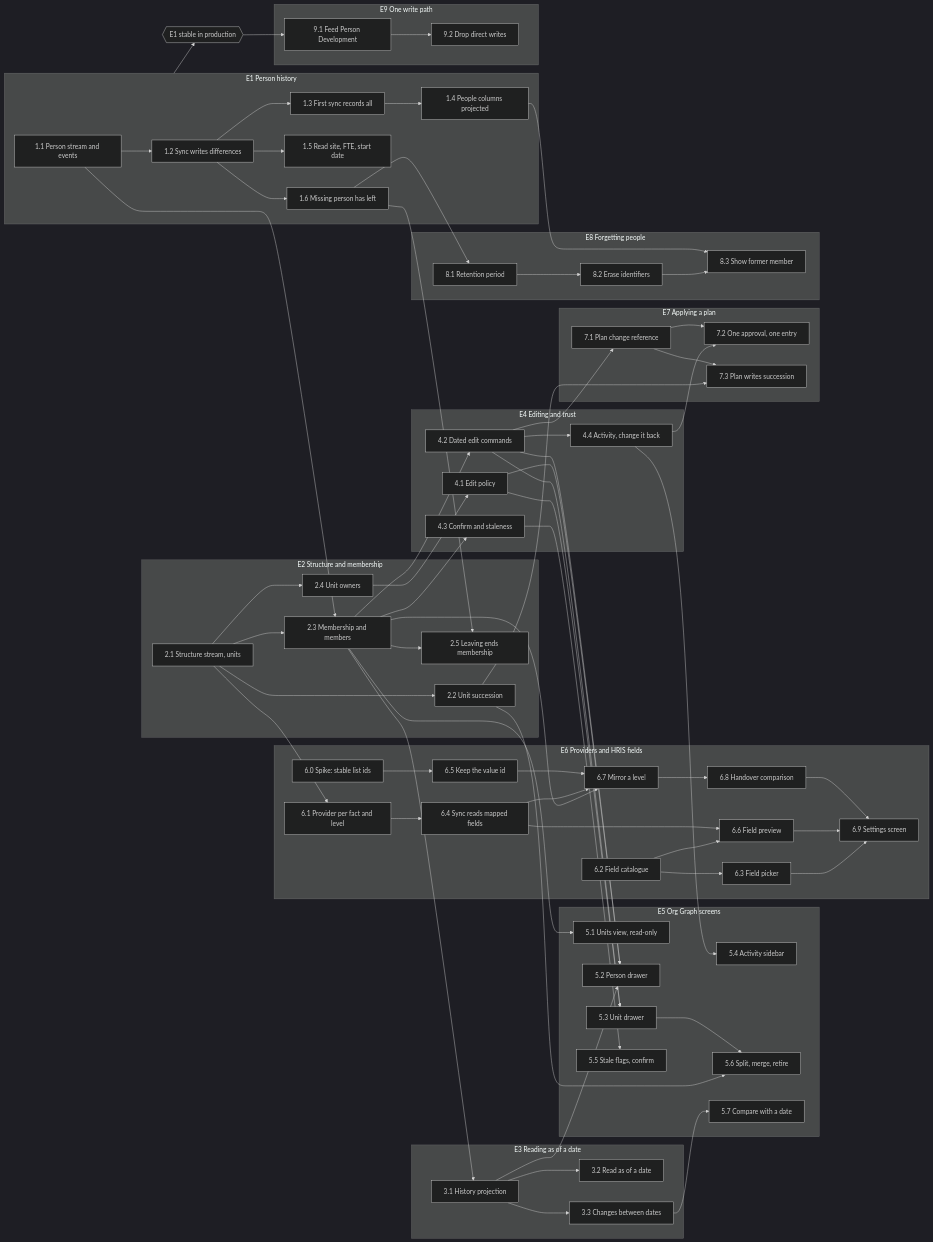
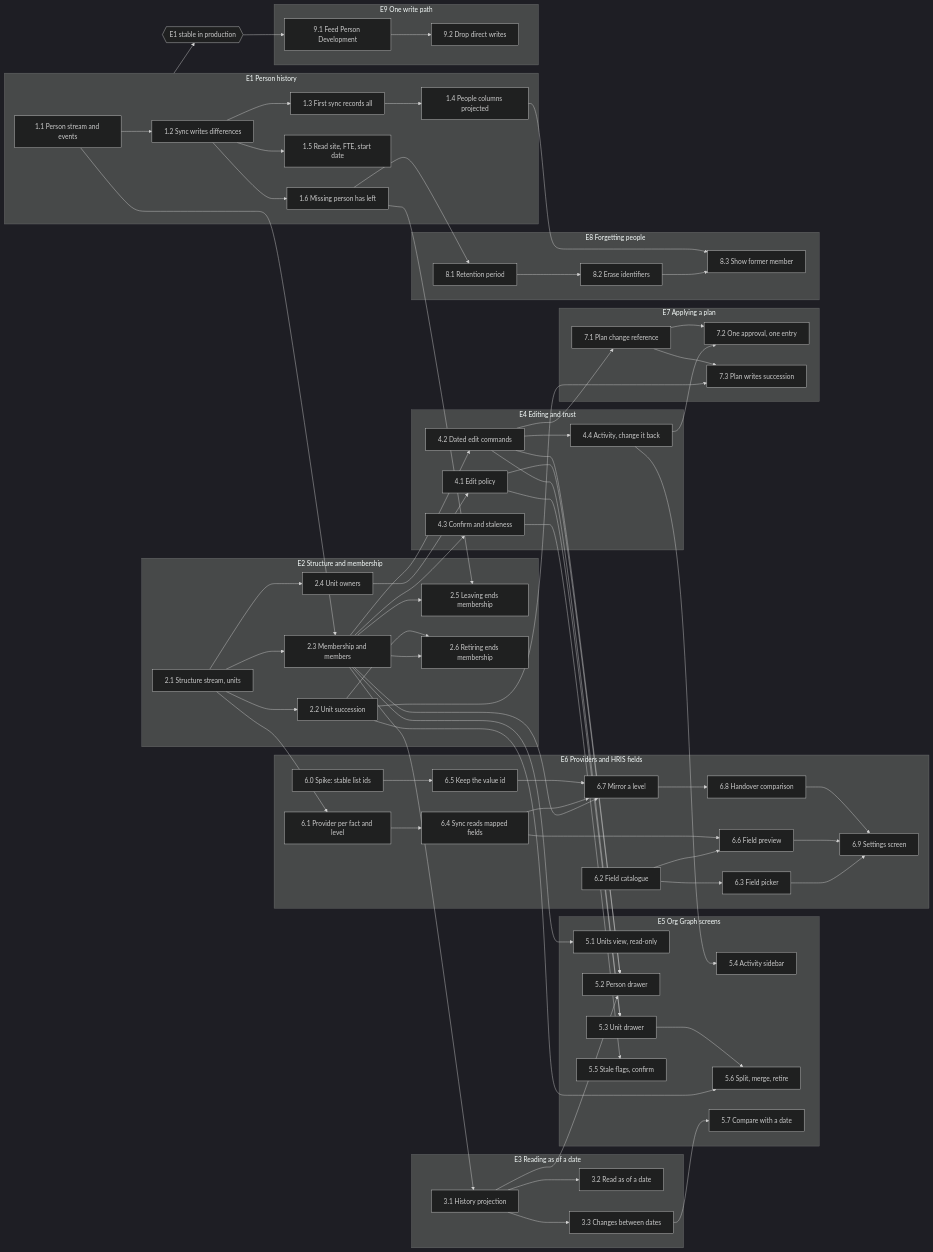
Before and after one commit to espaliahq/espalia: the diagram in docs/team-planning/org-graph-plan.md, drawn with Mermaid (dark theme). The commit also changed other lines of this file and 1 other file, not shown here.

Commit message:
docs(org-graph): plan story 2.6, retiring a unit ends its memberships
The design was silent on what happens to a retired unit's members. It now
says they leave the unit on the retirement date, unless a succession moves
them, and the plan carries the story.

Refs #54, #71

Claude-Session: https://claude.ai/code/session_016TxJKtcLgDavboxuQMZzbJ

```diff
--- a/docs/team-planning/org-graph-plan.md
+++ b/docs/team-planning/org-graph-plan.md
@@ -52,6 +52,7 @@
     s23[2.3 Membership and members]
     s24[2.4 Unit owners]
     s25[2.5 Leaving ends membership]
+    s26[2.6 Retiring ends membership]
   end
   subgraph E3[E3 Reading as of a date]
     s31[3.1 History projection]
@@ -105,14 +106,14 @@
   s13 --> s14
   s21 --> s22 & s23 & s24 & s61
   s16 --> s25 & s81
-  s23 --> s25 & s31 & s42 & s43 & s51 & s67
+  s23 --> s25 & s26 & s31 & s42 & s43 & s51 & s67
   s31 --> s32 & s33 & s52
   s24 --> s41
   s41 --> s52 & s53
   s42 --> s44 & s52 & s53 & s71
   s43 --> s55
   s44 --> s54 & s72
-  s22 --> s56 & s73
+  s22 --> s26 & s56 & s73
   s53 --> s56
   s33 --> s57
   s60 --> s65
```
